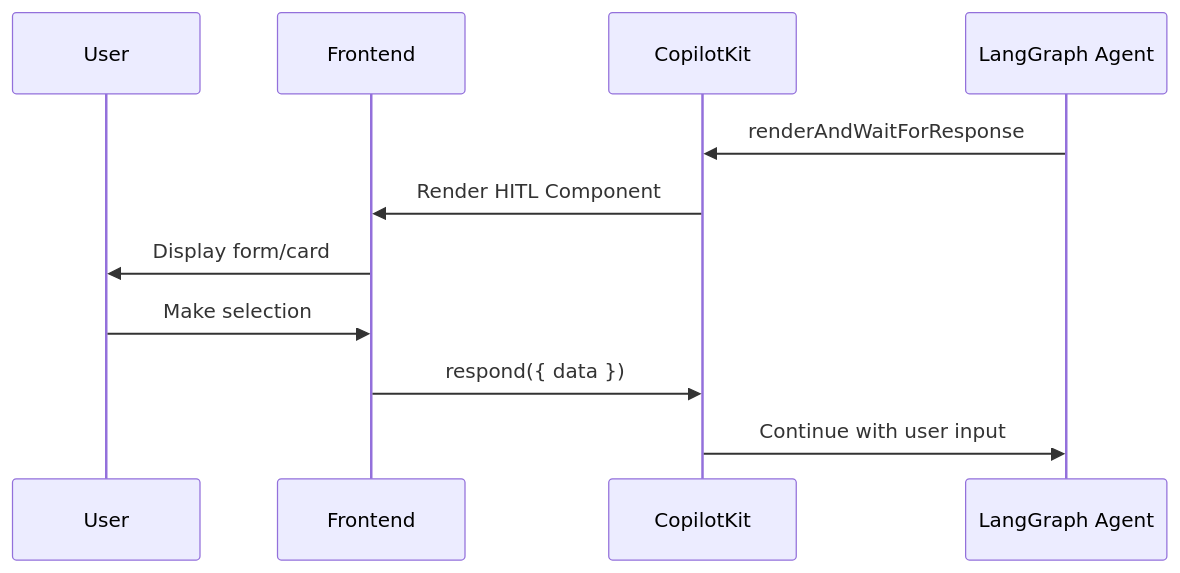
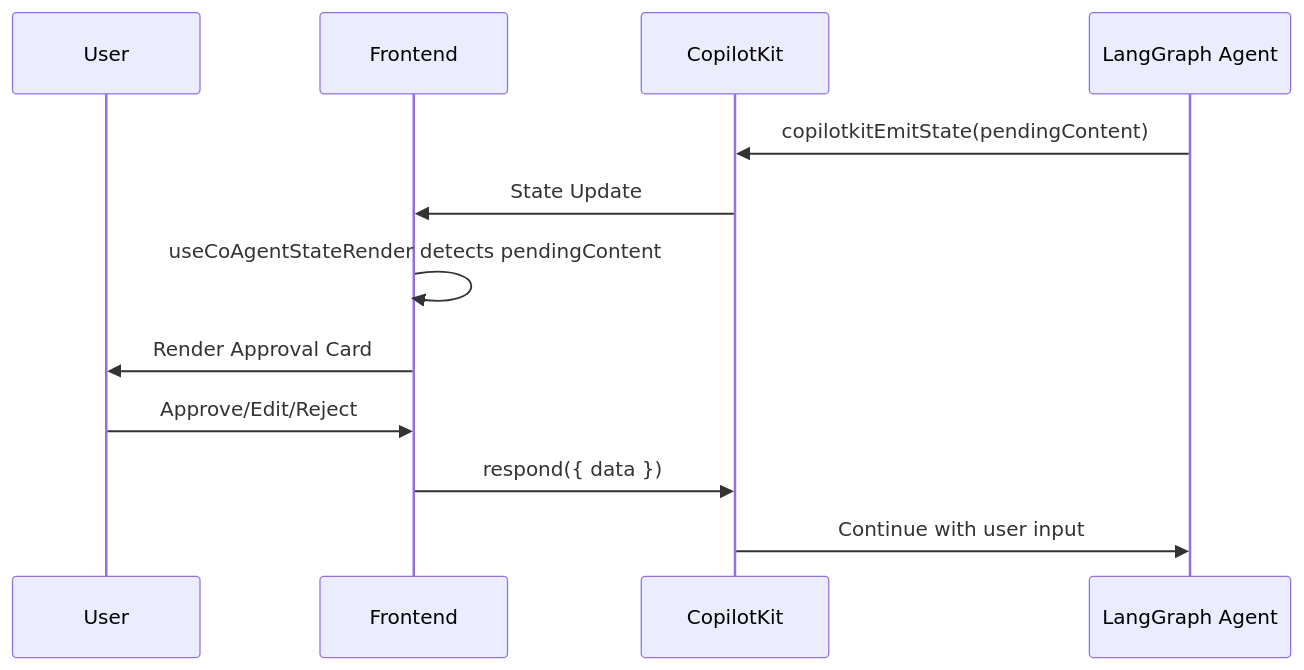
One commit to ChanMeng666/fanfic-lab changed the fourth of 5 diagrams in README.md. Above: the diagram before and after it, drawn with Mermaid. The commit also changed other lines of this file and 3 other files, not shown here.

````diff
--- a/README.md
+++ b/README.md
@@ -224,14 +357,15 @@
 ```mermaid
 sequenceDiagram
     participant U as User
     participant FE as Frontend
     participant CK as CopilotKit
     participant Agent as LangGraph Agent
 
-    Agent->>CK: renderAndWaitForResponse
-    CK->>FE: Render HITL Component
-    FE->>U: Display form/card
-    U->>FE: Make selection
+    Agent->>CK: copilotkitEmitState(pendingContent)
+    CK->>FE: State Update
+    FE->>FE: useCoAgentStateRender detects pendingContent
+    FE->>U: Render Approval Card
+    U->>FE: Approve/Edit/Reject
     FE->>CK: respond({ data })
     CK->>Agent: Continue with user input
 ```
````
